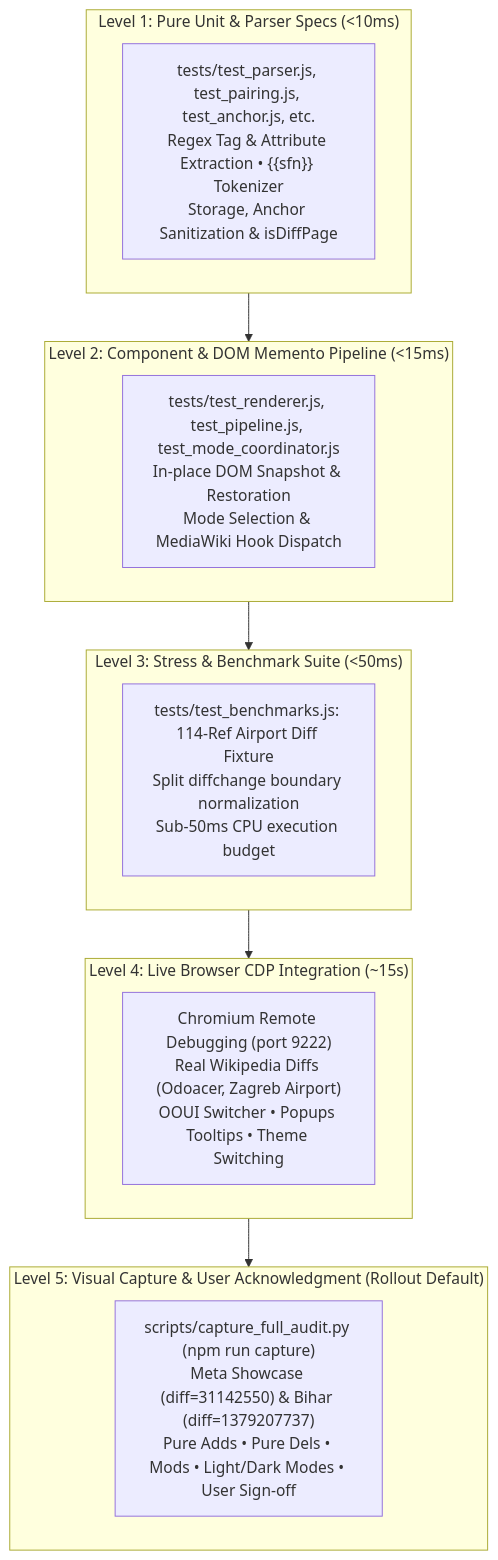
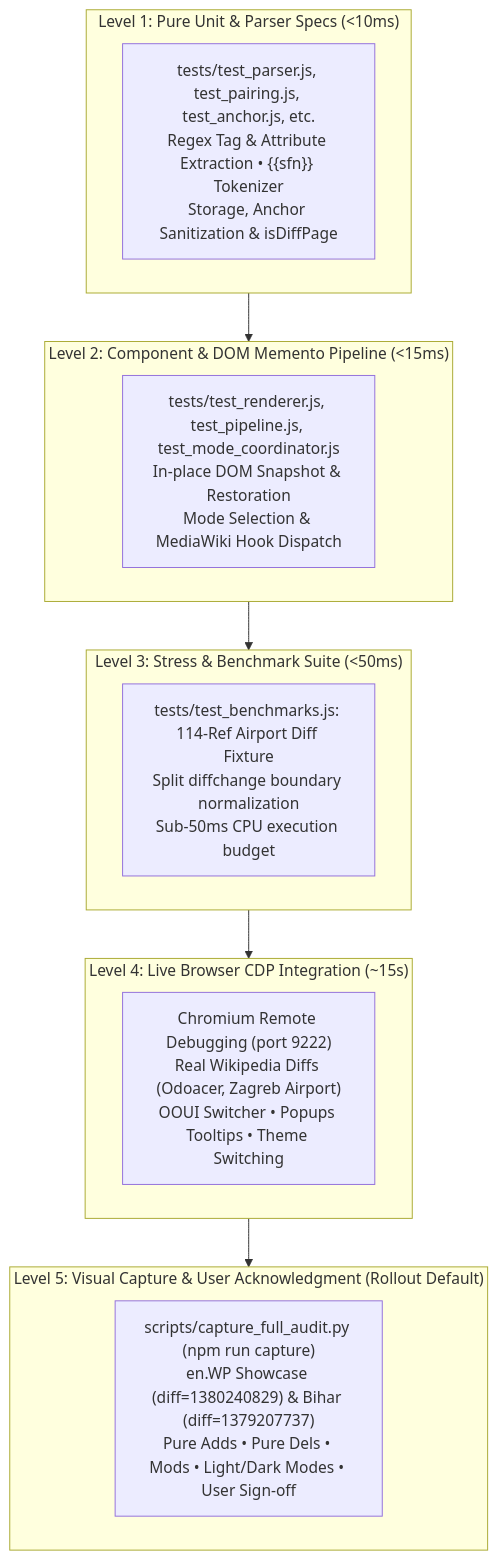
One commit to psytrap/refdiff changed the diagram in TEST_PLAN.md. Above: the diagram before and after it, drawn with Mermaid. The commit also changed other lines of this file and 29 other files, not shown here.

````diff
--- a/TEST_PLAN.md
+++ b/TEST_PLAN.md
@@ -50,24 +50,24 @@
 ```mermaid
 flowchart TD
     subgraph Level_5["Level 5: Visual Capture & User Acknowledgment (Rollout Default)"]
-        L5["scripts/capture_full_audit.py (npm run capture)<br/>Meta Showcase (diff=31142550) & Bihar (diff=1379207737)<br/>Pure Adds • Pure Dels • Mods • Light/Dark Modes • User Sign-off"]
+        L5["scripts/capture_full_audit.py (npm run capture)<br/>en.WP Showcase (diff=1380240829) & Bihar (diff=1379207737)<br/>Pure Adds • Pure Dels • Mods • Light/Dark Modes • User Sign-off"]
     end
 
     subgraph Level_4["Level 4: Live Browser CDP Integration (~15s)"]
         L4["Chromium Remote Debugging (port 9222)<br/>Real Wikipedia Diffs (Odoacer, Zagreb Airport)<br/>OOUI Switcher • Popups Tooltips • Theme Switching"]
     end
 
     subgraph Level_3["Level 3: Stress & Benchmark Suite (<50ms)"]
         L3["tests/test_benchmarks.js: 114-Ref Airport Diff Fixture<br/>Split diffchange boundary normalization<br/>Sub-50ms CPU execution budget"]
     end
 
     subgraph Level_2["Level 2: Component & DOM Memento Pipeline (<15ms)"]
         L2["tests/test_renderer.js, test_pipeline.js, test_mode_coordinator.js<br/>In-place DOM Snapshot & Restoration<br/>Mode Selection & MediaWiki Hook Dispatch"]
     end
 
     subgraph Level_1["Level 1: Pure Unit & Parser Specs (<10ms)"]
         L1["tests/test_parser.js, test_pairing.js, test_anchor.js, etc.<br/>Regex Tag & Attribute Extraction • {{sfn}} Tokenizer<br/>Storage, Anchor Sanitization & isDiffPage"]
     end
 
     Level_1 --> Level_2 --> Level_3 --> Level_4 --> Level_5
 ```
````
